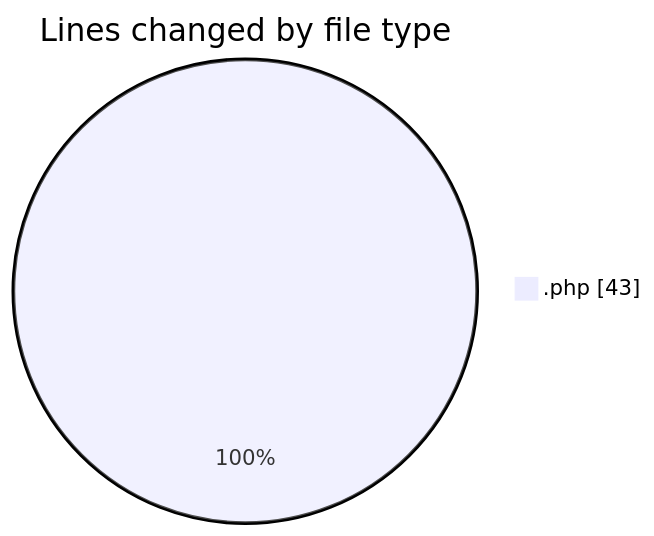
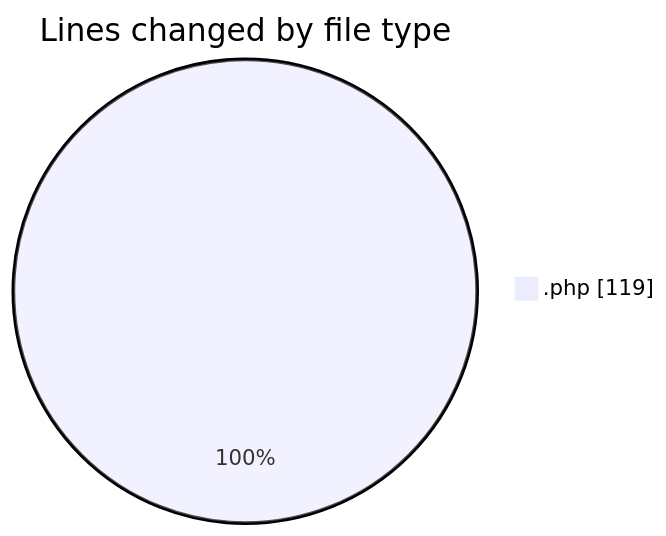
The first of 2 diagrams in 2025-12-22/shop/README.md (vahidmafi/code-tracking), drawn with Mermaid before and after one commit. The commit also changed other lines of this file and 1 other file, not shown here.

````diff
--- a/2025-12-22/shop/README.md
+++ b/2025-12-22/shop/README.md
@@ -20,5 +21,5 @@
 ```mermaid
 pie showData
 title Lines changed by file type
-".php" : 43
+".php" : 119
 ```
````
